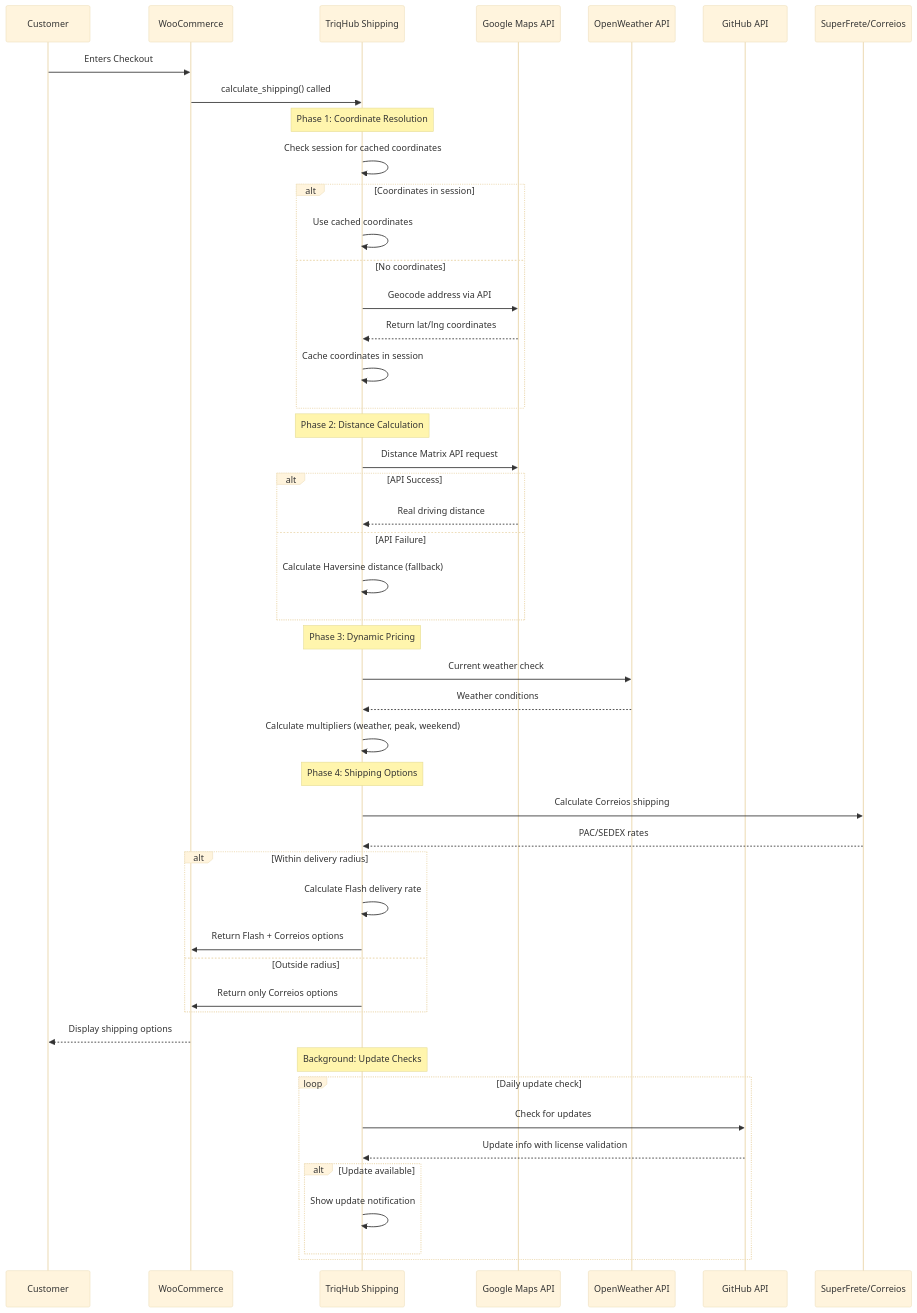
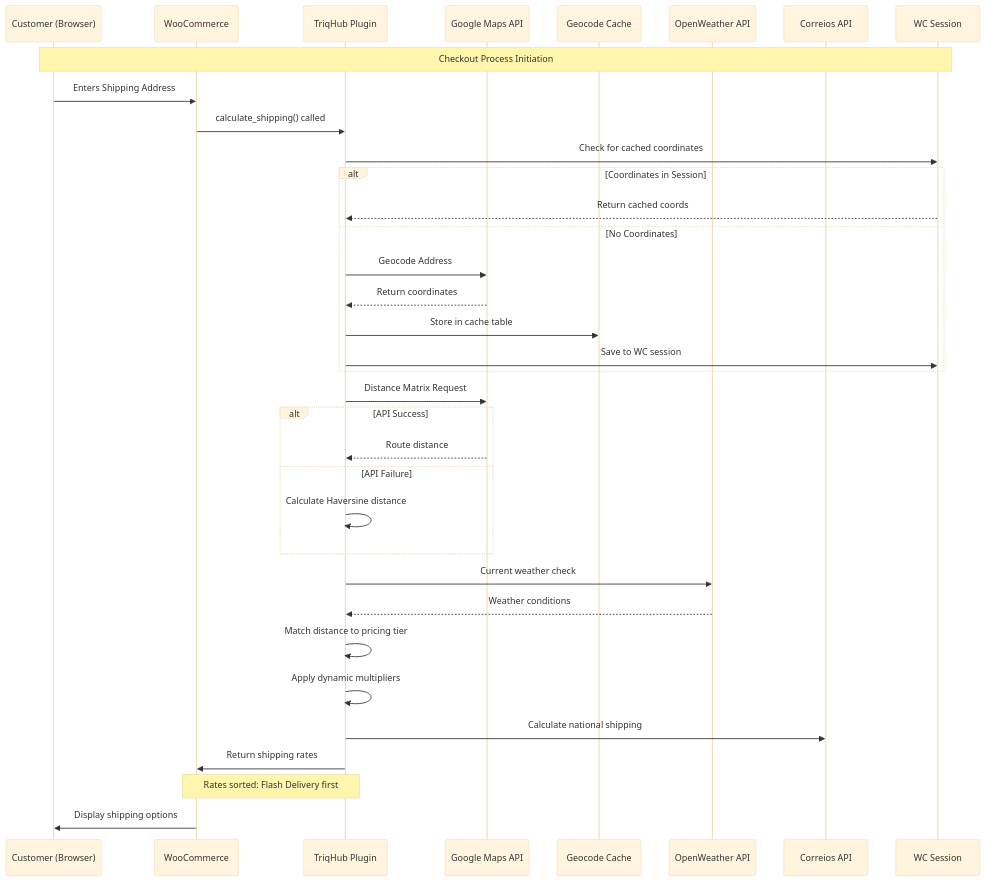
Before and after one commit to gustavofullstack/Woo_envios: the diagram in docs/CONNECTIVITY.md, drawn with Mermaid (base theme). The commit also changed other lines of this file and 5 other files, not shown here.

````diff
--- a/docs/CONNECTIVITY.md
+++ b/docs/CONNECTIVITY.md
@@ -327,58 +247,45 @@
 ```mermaid
 sequenceDiagram
-    participant C as Customer
+    participant Customer as Customer (Browser)
     participant WC as WooCommerce
-    participant TS as TriqHub Shipping
-    participant GM as Google Maps API
-    participant OW as OpenWeather API
-    participant GH as GitHub API
-    participant SF as SuperFrete/Correios
-
-    C->>WC: Enters Checkout
-    WC->>TS: calculate_shipping() called
+    participant Plugin as TriqHub Plugin
+    participant GMaps as Google Maps API
+    participant Cache as Geocode Cache
+    participant Weather as OpenWeather API
+    participant Correios as Correios API
+    participant Session as WC Session
     
-    Note over TS: Phase 1: Coordinate Resolution
-    TS->>TS: Check session for cached coordinates
-    alt Coordinates in session
-        TS->>TS: Use cached coordinates
-    else No coordinates
-        TS->>GM: Geocode address via API
-        GM-->>TS: Return lat/lng coordinates
-        TS->>TS: Cache coordinates in session
+    Note over Customer,Session: Checkout Process Initiation
+    
+    Customer->>WC: Enters Shipping Address
+    WC->>Plugin: calculate_shipping() called
+    
+    Plugin->>Session: Check for cached coordinates
+    alt Coordinates in Session
+        Session-->>Plugin: Return cached coords
+    else No Coordinates
+        Plugin->>GMaps: Geocode Address
+        GMaps-->>Plugin: Return coordinates
+        Plugin->>Cache: Store in cache table
+        Plugin->>Session: Save to WC session
     end
     
-    Note over TS: Phase 2: Distance Calculation
-    TS->>GM: Distance Matrix API request
+    Plugin->>GMaps: Distance Matrix Request
     alt API Success
-        GM-->>TS: Real driving distance
+        GMaps-->>Plugin: Route distance
     else API Failure
-        TS->>TS: Calculate Haversine distance (fallback)
+        Plugin->>Plugin: Calculate Haversine distance
     end
     
-    Note over TS: Phase 3: Dynamic Pricing
-    TS->>OW: Current weather check
-    OW-->>TS: Weather conditions
-    TS->>TS: Calculate multipliers (weather, peak, weekend)
+    Plugin->>Weather: Current weather check
+    Weather-->>Plugin: Weather conditions
     
-    Note over TS: Phase 4: Shipping Options
-    TS->>SF: Calculate Correios shipping
-    SF-->>TS: PAC/SEDEX rates
+    Plugin->>Plugin: Match distance to pricing tier
+    Plugin->>Plugin: Apply dynamic multipliers
+    Plugin->>Correios: Calculate national shipping
     
-    alt Within delivery radius
-        TS->>TS: Calculate Flash delivery rate
-        TS->>WC: Return Flash + Correios options
-    else Outside radius
-        TS->>WC: Return only Correios options
-    end
+    Plugin->>WC: Return shipping rates
+    Note over Plugin,WC: Rates sorted: Flash Delivery first
     
-    WC-->>C: Display shipping options
-    
-    Note over TS: Background: Update Checks
-    loop Daily update check
-        TS->>GH: Check for updates
-        GH-->>TS: Update info with license validation
-        alt Update available
-            TS->>TS: Show update notification
-        end
-    end
+    WC->>Customer: Display shipping options
 ```
````
